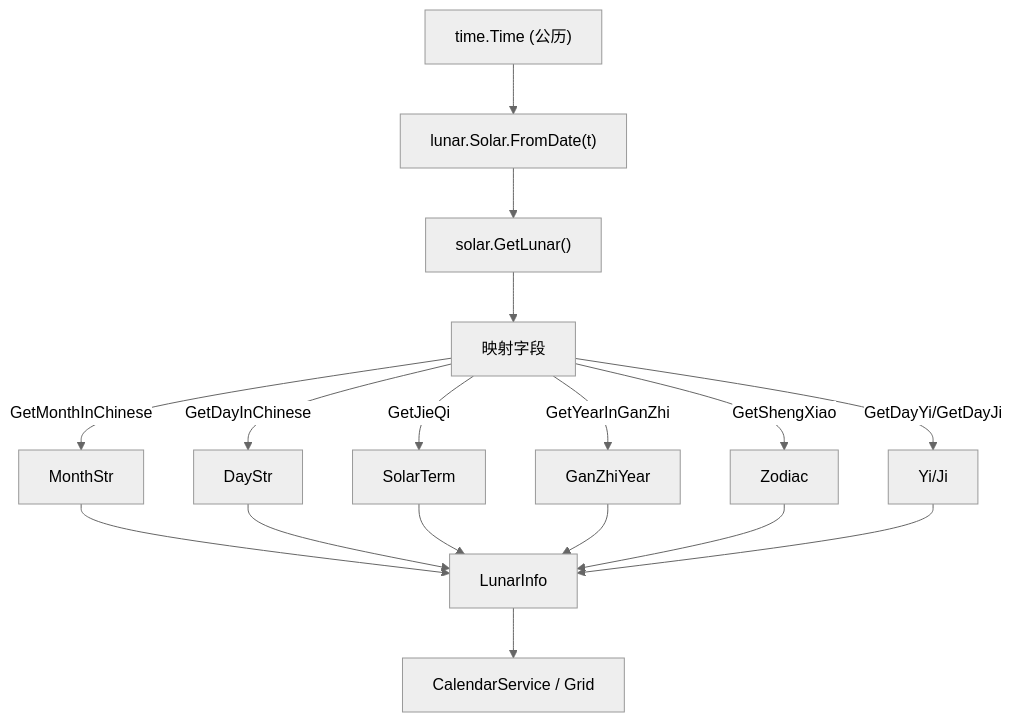
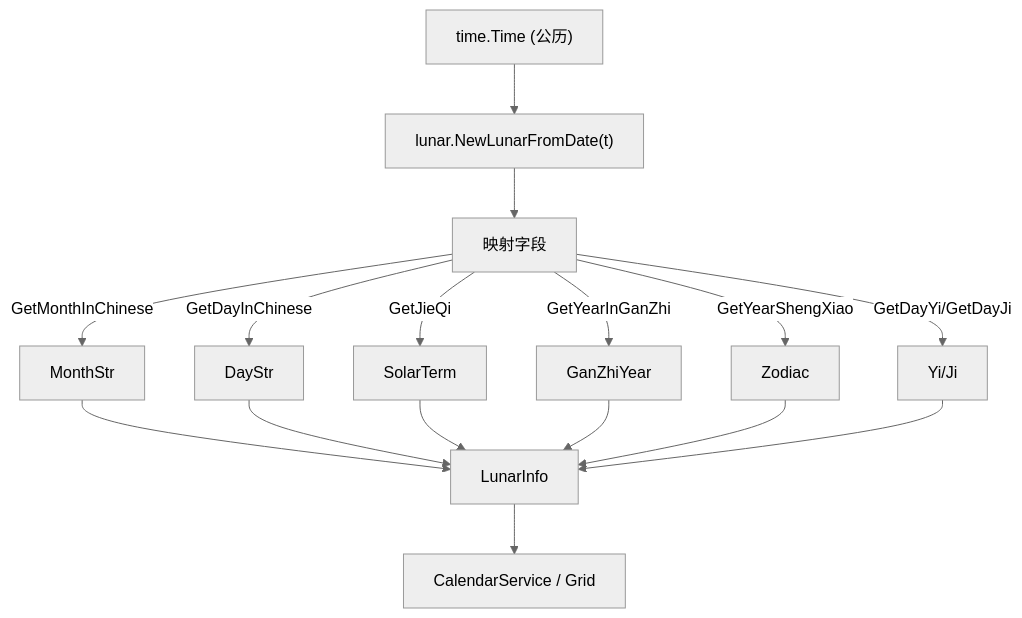
Before and after one commit to shaolei/DeskCalendar: the second of 2 diagrams in docs/50-Calendar/Lunar.md, drawn with Mermaid (neutral theme). The commit also changed other lines of this file and 7 other files, not shown here.

````diff
--- a/docs/50-Calendar/Lunar.md
+++ b/docs/50-Calendar/Lunar.md
@@ -62,19 +62,18 @@
 ```mermaid
 flowchart TB
-    IN["time.Time (公历)"] --> S["lunar.Solar.FromDate(t)"]
-    S --> L["solar.GetLunar()"]
+    IN["time.Time (公历)"] --> L["lunar.NewLunarFromDate(t)"]
     L --> MAP["映射字段"]
     MAP -->|GetMonthInChinese| MS["MonthStr"]
     MAP -->|GetDayInChinese| DS["DayStr"]
     MAP -->|GetJieQi| ST["SolarTerm"]
     MAP -->|GetYearInGanZhi| GZ["GanZhiYear"]
-    MAP -->|GetShengXiao| ZX["Zodiac"]
+    MAP -->|GetYearShengXiao| ZX["Zodiac"]
     MAP -->|GetDayYi/GetDayJi| YJ["Yi/Ji"]
     MS --> OUT["LunarInfo"]
     DS --> OUT
     ST --> OUT
     GZ --> OUT
     ZX --> OUT
     YJ --> OUT
     OUT --> CS["CalendarService / Grid"]
 ```
````
